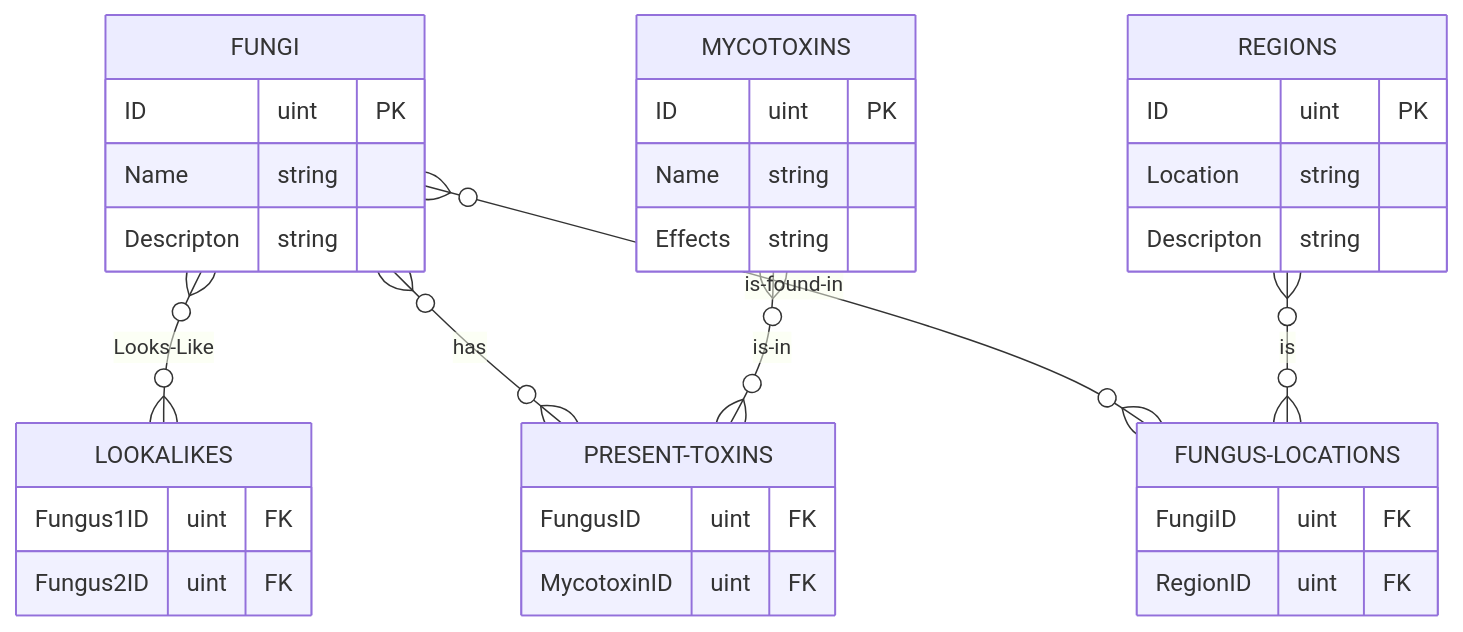
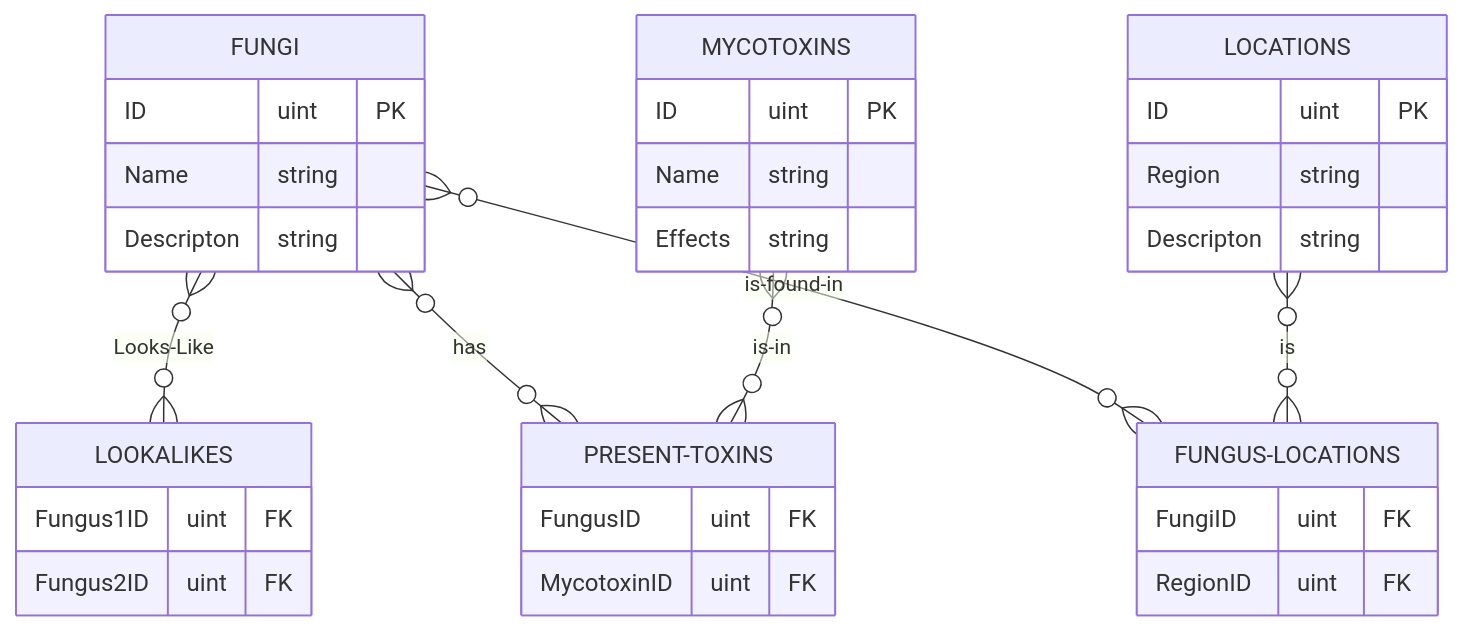
Before and after one commit to C-Dingus/Wacky-little-my-structured-query-language-final-project-for-one-of-the-various-classes-I-go-to-durin: the diagram in README.md, drawn with Mermaid. The commit also changed other lines of this file, not shown here.

````diff
--- a/README.md
+++ b/README.md
@@ -6,35 +6,35 @@
 ```mermaid
 erDiagram
     FUNGI }o--o{ LOOKALIKES: Looks-Like
     FUNGI {
         ID uint PK
         Name string
         Descripton string
     }
     LOOKALIKES {
         Fungus1ID uint FK
         Fungus2ID uint FK
     }
     FUNGI }o--o{ PRESENT-TOXINS: has
     PRESENT-TOXINS{
         FungusID uint FK
         MycotoxinID uint FK
     }
     MYCOTOXINS }o--o{ PRESENT-TOXINS: is-in
     MYCOTOXINS{
         ID uint PK
         Name string
         Effects string
     }
     FUNGI }o--o{ FUNGUS-LOCATIONS: is-found-in
     FUNGUS-LOCATIONS{
         FungiID uint FK
         RegionID uint FK
     }
-    REGIONS }o--o{ FUNGUS-LOCATIONS: is
-    REGIONS{
+    LOCATIONS }o--o{ FUNGUS-LOCATIONS: is
+    LOCATIONS{
         ID uint PK
-        Location string
+        Region string
         Descripton string
     }
 ```
````
